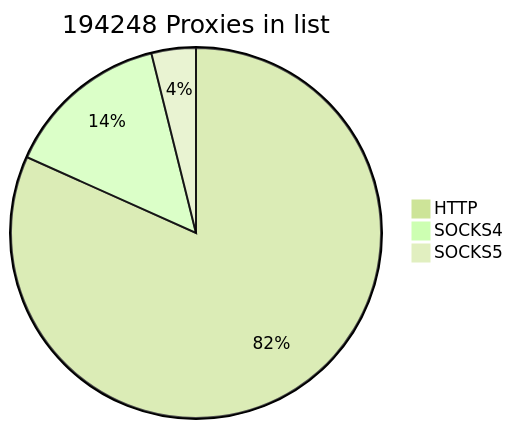
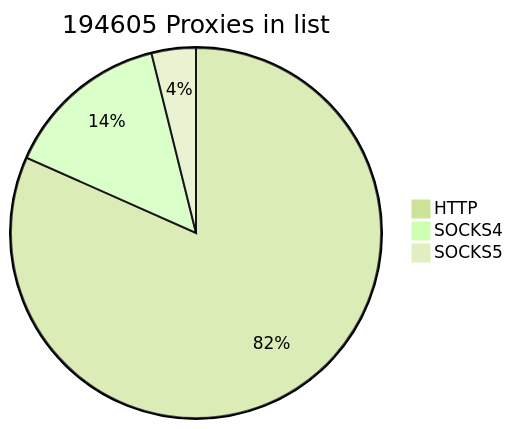
The first of 2 diagrams in README.md (cutipu/proxylist), drawn with Mermaid (forest theme) before and after one commit. The commit also changed other lines of this file, not shown here.

````diff
--- a/README.md
+++ b/README.md
@@ -2,7 +2,7 @@
 ```mermaid
-pie title 194248 Proxies in list
-    "HTTP" : 158722
-    "SOCKS4" : 28000
-    "SOCKS5" : 7526
+pie title 194605 Proxies in list
+    "HTTP" : 158905
+    "SOCKS4" : 28175
+    "SOCKS5" : 7525
             
 ```
````
